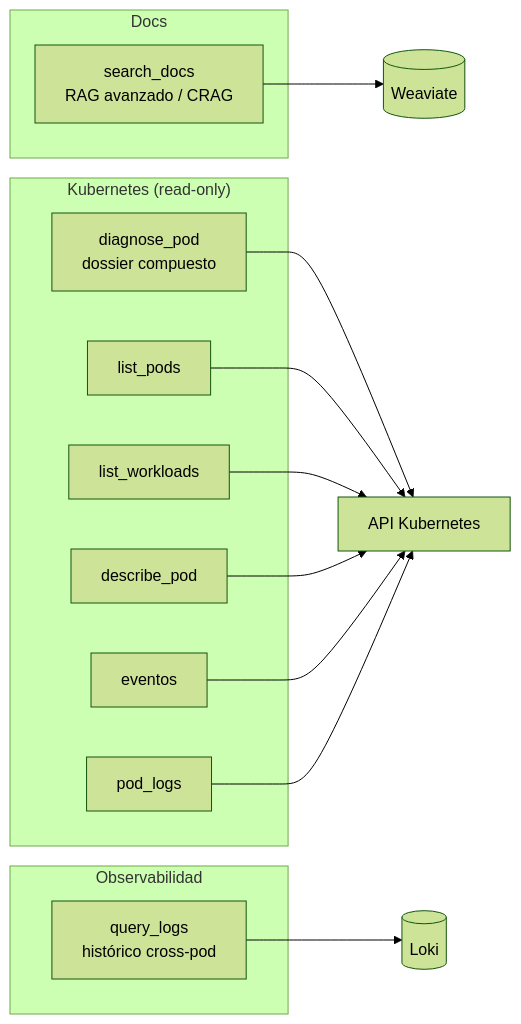
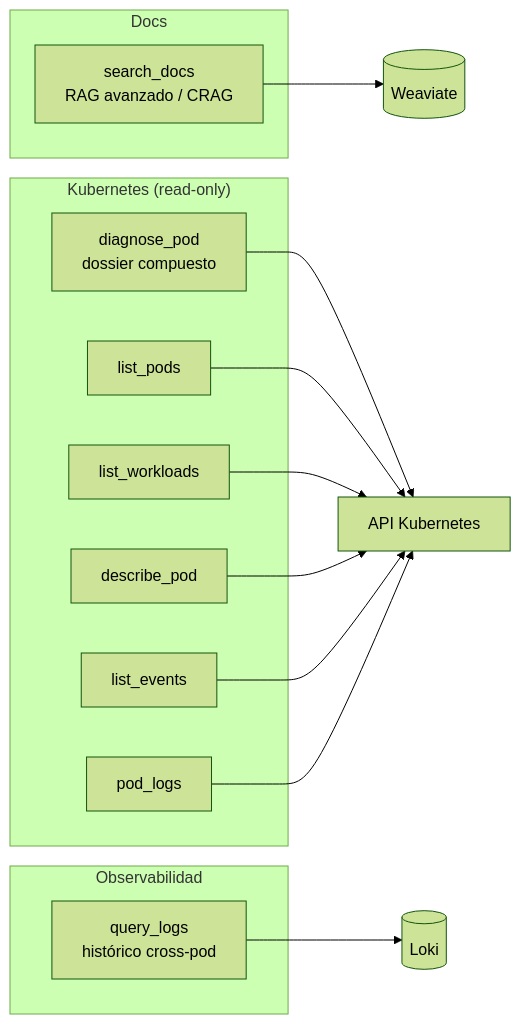
The first of 2 diagrams in autoops/docs/arquitectura/03-tools-mcp.md (mikel0ne/ai-platform-portfolio), drawn with Mermaid (forest theme) before and after one commit. The commit also changed other lines of this file and 40 other files, not shown here.

````diff
--- a/autoops/docs/arquitectura/03-tools-mcp.md
+++ b/autoops/docs/arquitectura/03-tools-mcp.md
@@ -10,20 +10,20 @@
 ```mermaid
 flowchart LR
     subgraph Docs
         BD[search_docs<br/>RAG avanzado / CRAG]
     end
     subgraph Kubernetes["Kubernetes (read-only)"]
         DP[diagnose_pod<br/>dossier compuesto]
         EP[list_pods]
         LW[list_workloads]
         DE[describe_pod]
-        EV[eventos]
+        EV[list_events]
         LP[pod_logs]
     end
     subgraph Observabilidad
         CL[query_logs<br/>histórico cross-pod]
     end
     BD --> WV[(Weaviate)]
     DP & EP & LW & DE & EV & LP --> K[API Kubernetes]
     CL --> LK[(Loki)]
 ```
````
